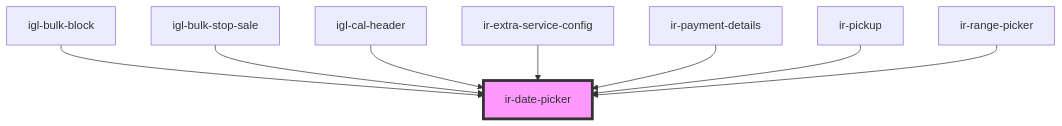
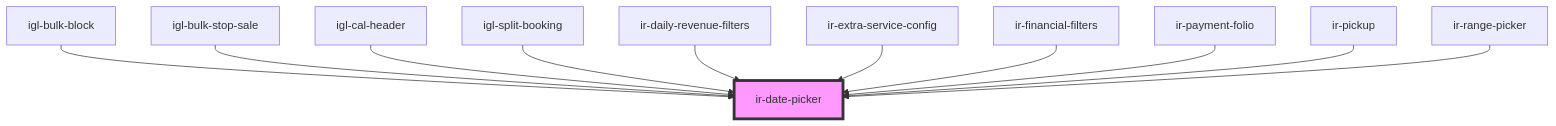
One commit to David1Chowaifaty/modified-ir-webcmp changed the diagram in src/components/ui/ir-date-picker/readme.md. Above: the diagram before and after it, drawn with Mermaid. The commit also changed other lines of this file and 50 other files, not shown here.

First line of the commit message:
Update igloo-calendar and booking components to enhance split booking functionality

````diff
--- a/src/components/ui/ir-date-picker/readme.md
+++ b/src/components/ui/ir-date-picker/readme.md
@@ -76,11 +79,14 @@
 ```mermaid
 graph TD;
   igl-bulk-block --> ir-date-picker
   igl-bulk-stop-sale --> ir-date-picker
   igl-cal-header --> ir-date-picker
+  igl-split-booking --> ir-date-picker
+  ir-daily-revenue-filters --> ir-date-picker
   ir-extra-service-config --> ir-date-picker
-  ir-payment-details --> ir-date-picker
+  ir-financial-filters --> ir-date-picker
+  ir-payment-folio --> ir-date-picker
   ir-pickup --> ir-date-picker
   ir-range-picker --> ir-date-picker
   style ir-date-picker fill:#f9f,stroke:#333,stroke-width:4px
 ```
````
